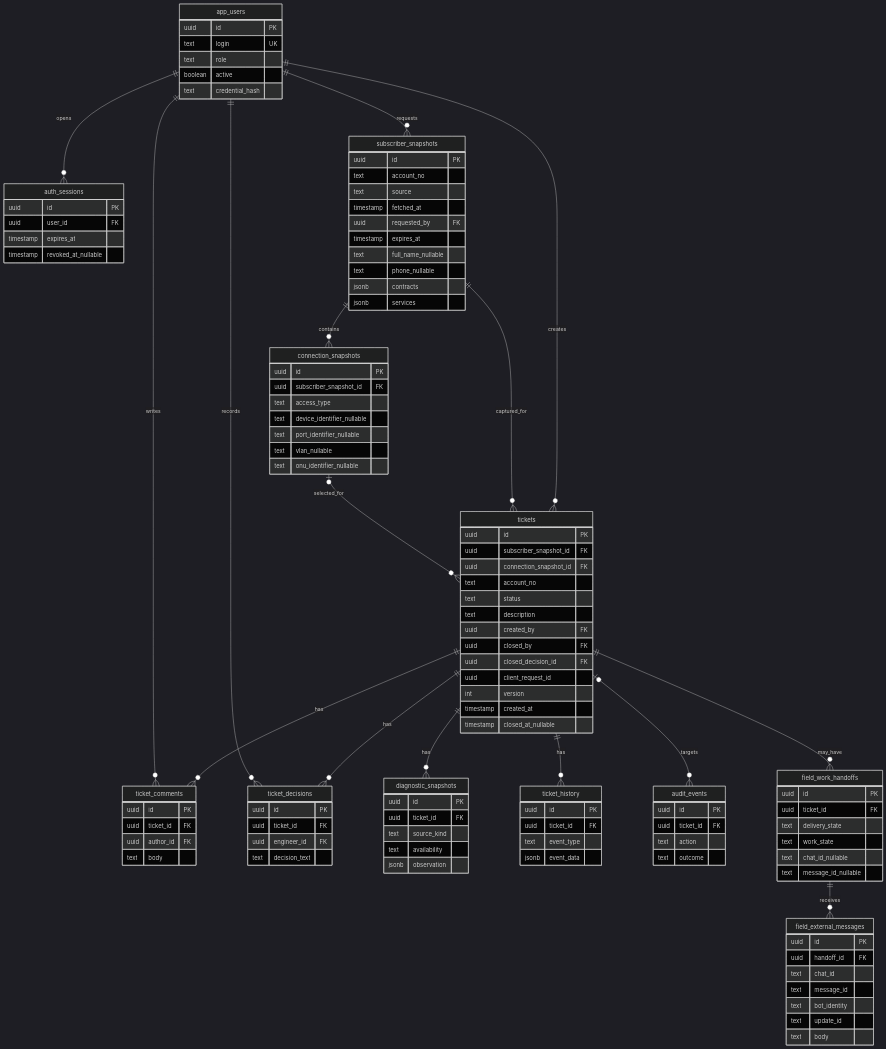
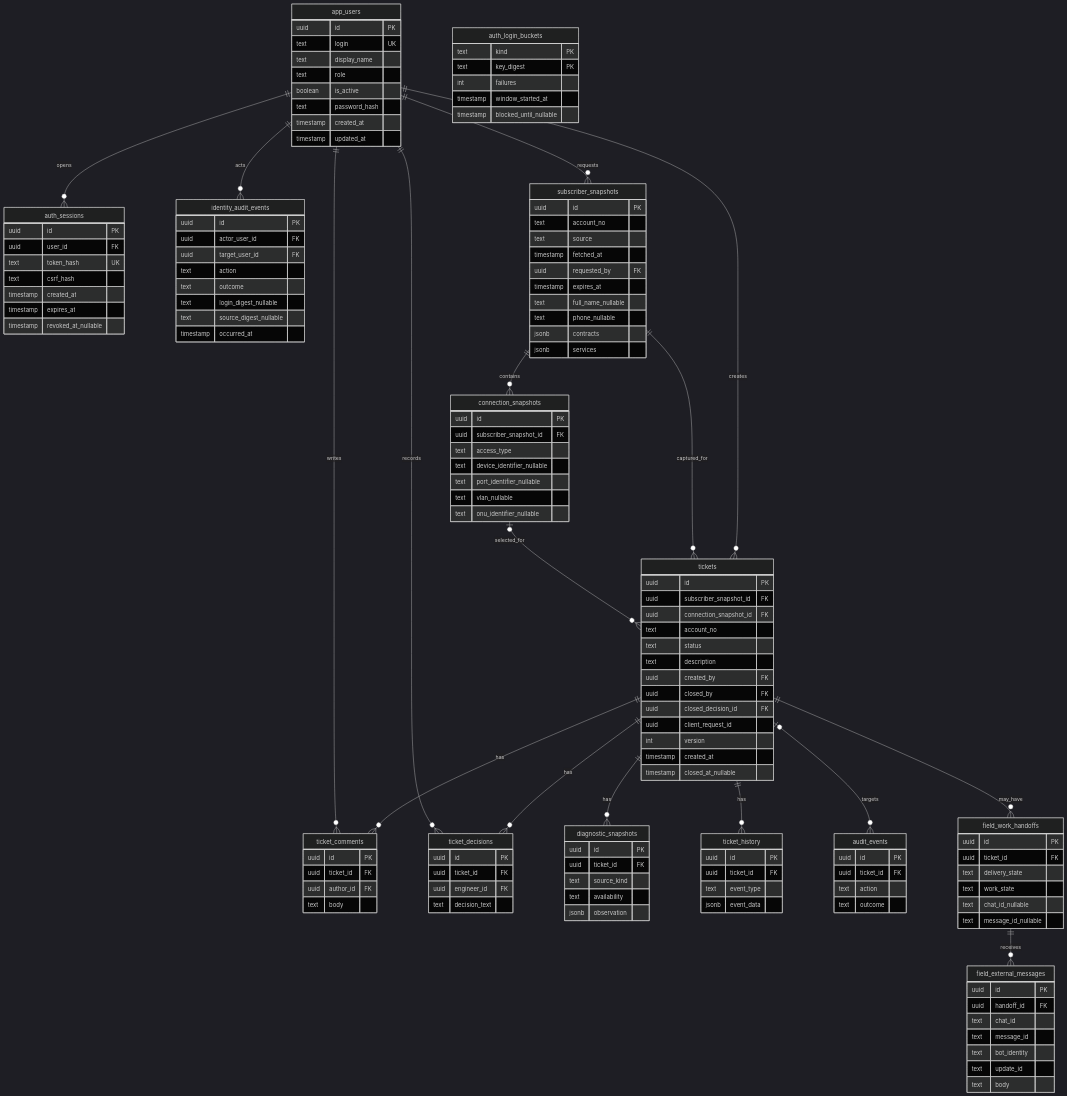
Before and after one commit to codexhtb/oss-control-center: the diagram in docs/architecture/data-model.md, drawn with Mermaid (dark theme). The commit also changed other lines of this file and 31 other files, not shown here.

```diff
--- a/docs/architecture/data-model.md
+++ b/docs/architecture/data-model.md
@@ -10,6 +10,7 @@
 erDiagram
   app_users ||--o{ tickets : creates
   app_users ||--o{ auth_sessions : opens
+  app_users ||--o{ identity_audit_events : acts
   app_users ||--o{ subscriber_snapshots : requests
   subscriber_snapshots ||--o{ connection_snapshots : contains
   subscriber_snapshots ||--o{ tickets : captured_for
@@ -27,15 +28,38 @@
   app_users {
     uuid id PK
     text login UK
+    text display_name
     text role
-    boolean active
-    text credential_hash
+    boolean is_active
+    text password_hash
+    timestamp created_at
+    timestamp updated_at
   }
   auth_sessions {
     uuid id PK
     uuid user_id FK
+    text token_hash UK
+    text csrf_hash
+    timestamp created_at
     timestamp expires_at
     timestamp revoked_at_nullable
+  }
+  auth_login_buckets {
+    text kind PK
+    text key_digest PK
+    int failures
+    timestamp window_started_at
+    timestamp blocked_until_nullable
+  }
+  identity_audit_events {
+    uuid id PK
+    uuid actor_user_id FK
+    uuid target_user_id FK
+    text action
+    text outcome
+    text login_digest_nullable
+    text source_digest_nullable
+    timestamp occurred_at
   }
   subscriber_snapshots {
     uuid id PK
```
